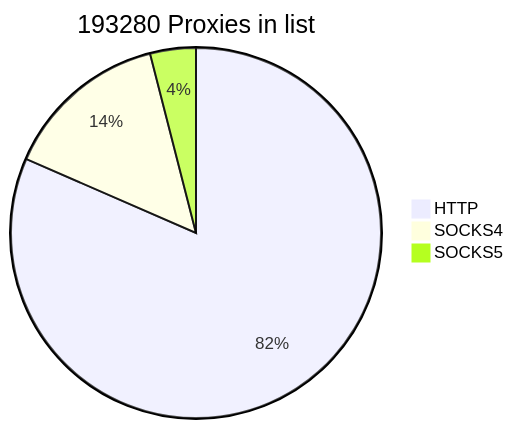
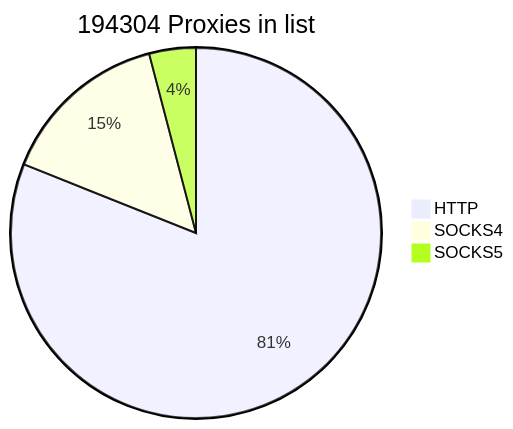
One commit to cutipu/proxylist changed the first of 2 diagrams in README.md. Above: the diagram before and after it, drawn with Mermaid. The commit also changed other lines of this file, not shown here.

````diff
--- a/README.md
+++ b/README.md
@@ -2,7 +2,7 @@
 ```mermaid
-pie title 193280 Proxies in list
-    "HTTP" : 157605
-    "SOCKS4" : 27958
-    "SOCKS5" : 7717
+pie title 194304 Proxies in list
+    "HTTP" : 157472
+    "SOCKS4" : 28923
+    "SOCKS5" : 7909
             
 ```
````
